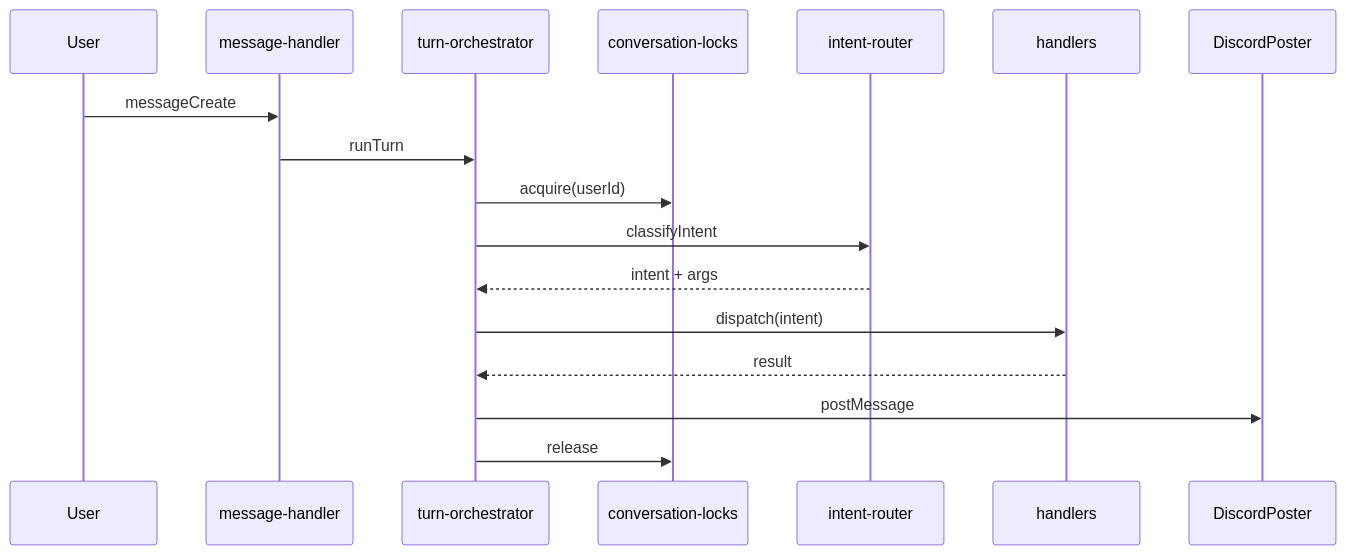
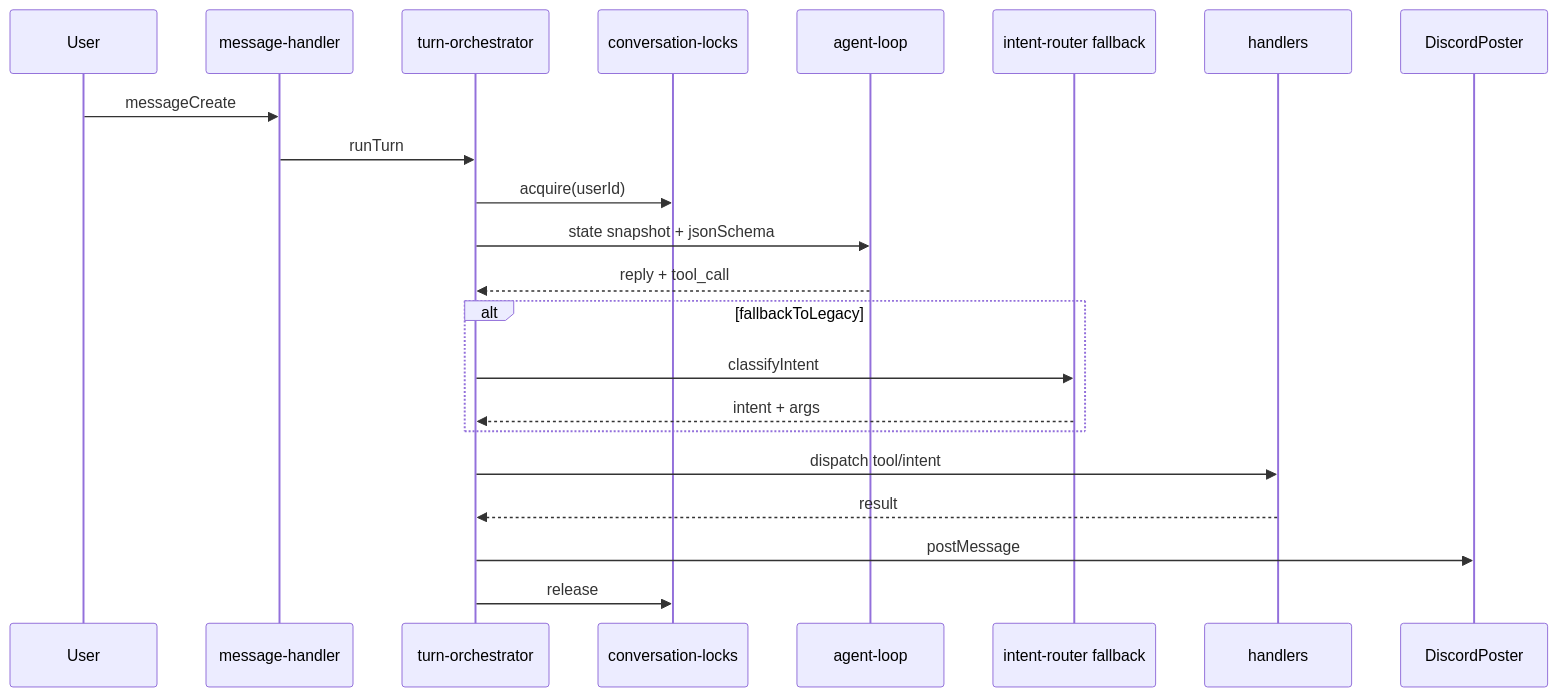
The second of 4 diagrams in docs/developer/10-discord-conversation-engine.md (zumizumi-3/mex-next), drawn with Mermaid before and after one commit. The commit also changed other lines of this file and 20 other files, not shown here.

First line of the commit message:
fix(agent-loop): pass handler output through to user instead of LLM's pre-reply

````diff
--- a/docs/developer/10-discord-conversation-engine.md
+++ b/docs/developer/10-discord-conversation-engine.md
@@ -60,19 +62,24 @@
 ```mermaid
 sequenceDiagram
     participant U as User
     participant MH as message-handler
     participant TO as turn-orchestrator
     participant CL as conversation-locks
-    participant IR as intent-router
+    participant AL as agent-loop
+    participant IR as intent-router fallback
     participant H as handlers
     participant DP as DiscordPoster
     U->>MH: messageCreate
     MH->>TO: runTurn
     TO->>CL: acquire(userId)
-    TO->>IR: classifyIntent
-    IR-->>TO: intent + args
-    TO->>H: dispatch(intent)
+    TO->>AL: state snapshot + jsonSchema
+    AL-->>TO: reply + tool_call
+    alt fallbackToLegacy
+        TO->>IR: classifyIntent
+        IR-->>TO: intent + args
+    end
+    TO->>H: dispatch tool/intent
     H-->>TO: result
     TO->>DP: postMessage
     TO->>CL: release
 ```
````
